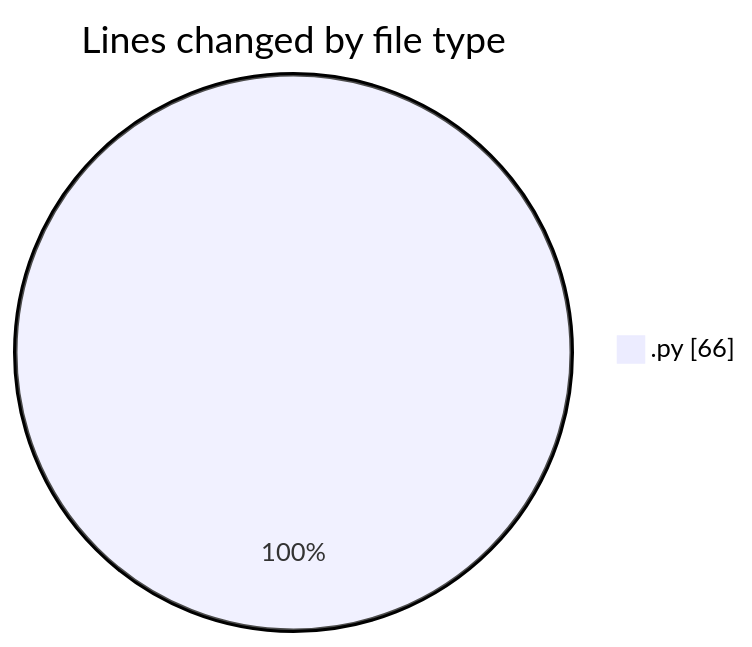
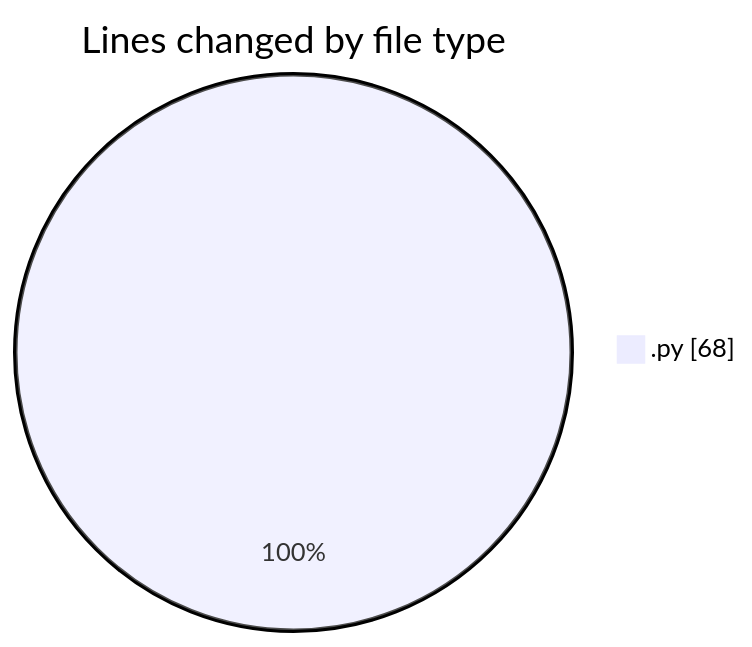
One commit to hasnaa123/code-tracking changed the first of 2 diagrams in 2026-02-25/student_performance_system/README.md. Above: the diagram before and after it, drawn with Mermaid. The commit also changed other lines of this file and 1 other file, not shown here.

````diff
--- a/2026-02-25/student_performance_system/README.md
+++ b/2026-02-25/student_performance_system/README.md
@@ -20,5 +20,5 @@
 ```mermaid
 pie showData
 title Lines changed by file type
-".py" : 66
+".py" : 68
 ```
````
